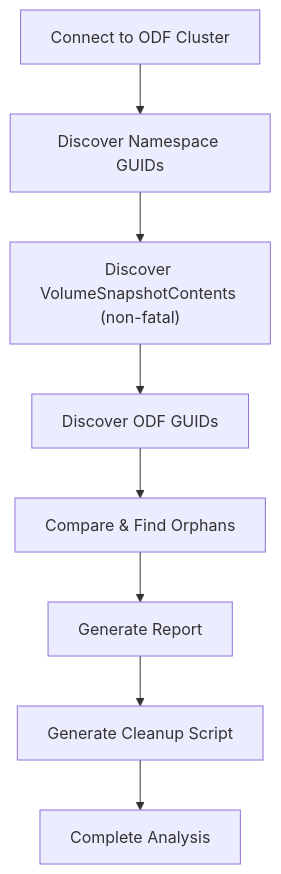
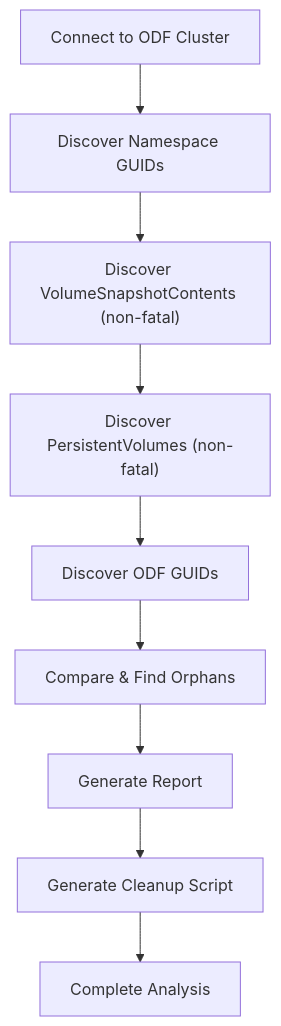
Before and after one commit to yordangit/odf-cleanup: the diagram in Documentation/odf-oc-compare.md, drawn with Mermaid. The commit also changed other lines of this file and 1 other file, not shown here.

First line of the commit message:
Extend odf-oc-compare to verify parentless CSI volumes via PersistentVolumes

````diff
--- a/Documentation/odf-oc-compare.md
+++ b/Documentation/odf-oc-compare.md
@@ -13,10 +13,11 @@
 ```mermaid
 graph TD
     A["Connect to ODF Cluster"] --> B["Discover Namespace GUIDs"]
     B --> B2["Discover VolumeSnapshotContents (non-fatal)"]
-    B2 --> C["Discover ODF GUIDs"]
+    B2 --> B3["Discover PersistentVolumes (non-fatal)"]
+    B3 --> C["Discover ODF GUIDs"]
     C --> D["Compare & Find Orphans"]
     D --> E["Generate Report"]
     E --> F["Generate Cleanup Script"]
     F --> G["Complete Analysis"]
 ```
````
